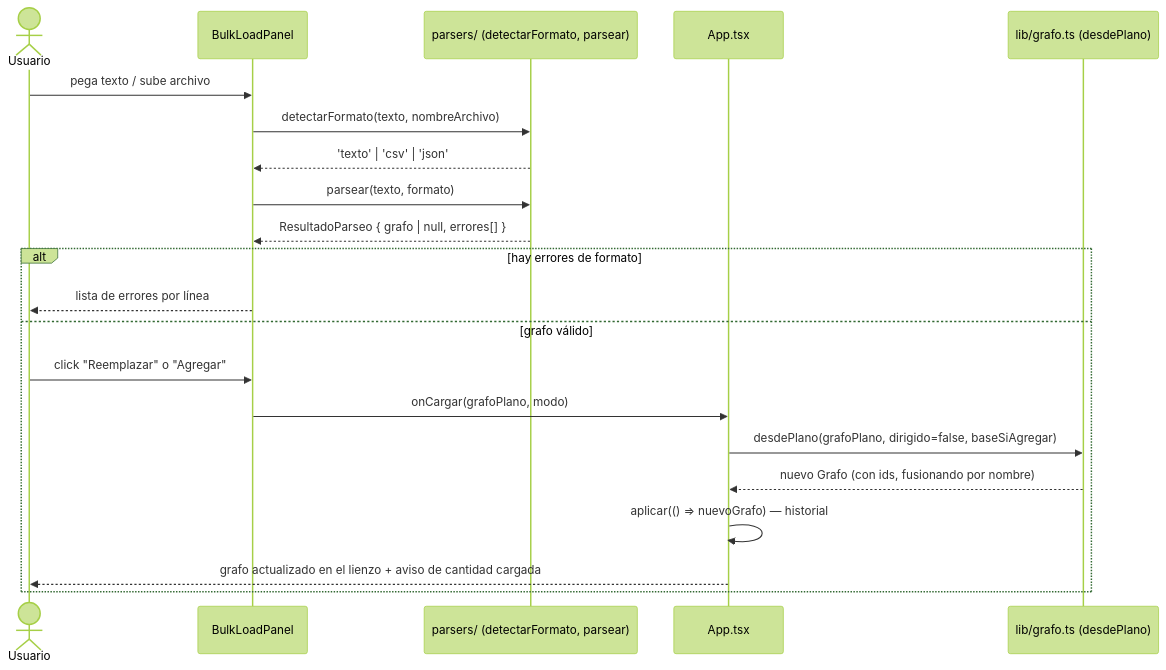
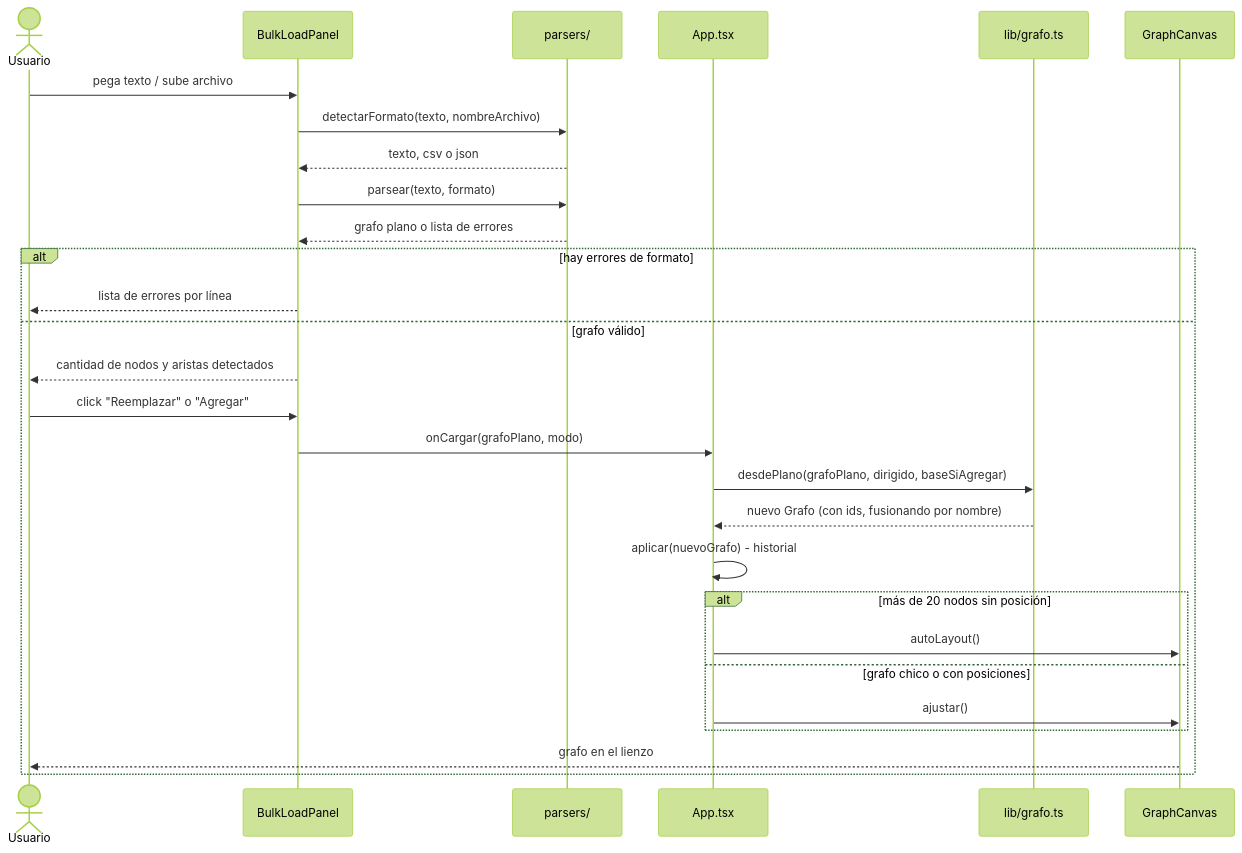
One commit to jppirra/iop changed the fourth of 6 diagrams in docs/04-diagramas.md. Above: the diagram before and after it, drawn with Mermaid (forest theme). The commit also changed other lines of this file and 7 other files, not shown here.

````diff
--- a/docs/04-diagramas.md
+++ b/docs/04-diagramas.md
@@ -113,25 +181,32 @@
 ```mermaid
 sequenceDiagram
     actor U as Usuario
     participant BLP as BulkLoadPanel
-    participant Parsers as parsers/ (detectarFormato, parsear)
+    participant Parsers as parsers/
     participant App as App.tsx
-    participant LibGrafo as lib/grafo.ts (desdePlano)
+    participant LibGrafo as lib/grafo.ts
+    participant GC as GraphCanvas
 
     U->>BLP: pega texto / sube archivo
     BLP->>Parsers: detectarFormato(texto, nombreArchivo)
-    Parsers-->>BLP: 'texto' | 'csv' | 'json'
+    Parsers-->>BLP: texto, csv o json
     BLP->>Parsers: parsear(texto, formato)
-    Parsers-->>BLP: ResultadoParseo { grafo | null, errores[] }
+    Parsers-->>BLP: grafo plano o lista de errores
 
     alt hay errores de formato
         BLP-->>U: lista de errores por línea
     else grafo válido
+        BLP-->>U: cantidad de nodos y aristas detectados
         U->>BLP: click "Reemplazar" o "Agregar"
         BLP->>App: onCargar(grafoPlano, modo)
-        App->>LibGrafo: desdePlano(grafoPlano, dirigido=false, baseSiAgregar)
+        App->>LibGrafo: desdePlano(grafoPlano, dirigido, baseSiAgregar)
         LibGrafo-->>App: nuevo Grafo (con ids, fusionando por nombre)
-        App->>App: aplicar(() => nuevoGrafo)  — historial
-        App-->>U: grafo actualizado en el lienzo + aviso de cantidad cargada
+        App->>App: aplicar(nuevoGrafo) - historial
+        alt más de 20 nodos sin posición
+            App->>GC: autoLayout()
+        else grafo chico o con posiciones
+            App->>GC: ajustar()
+        end
+        GC-->>U: grafo en el lienzo
     end
 ```
````
